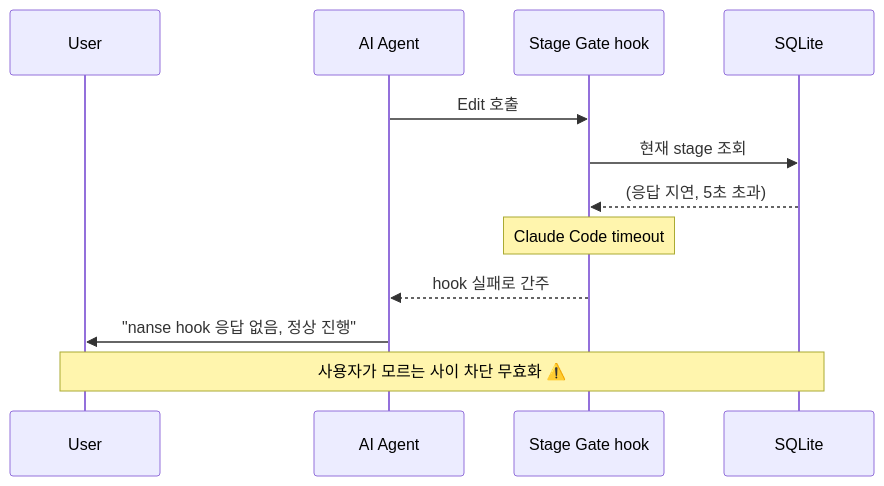
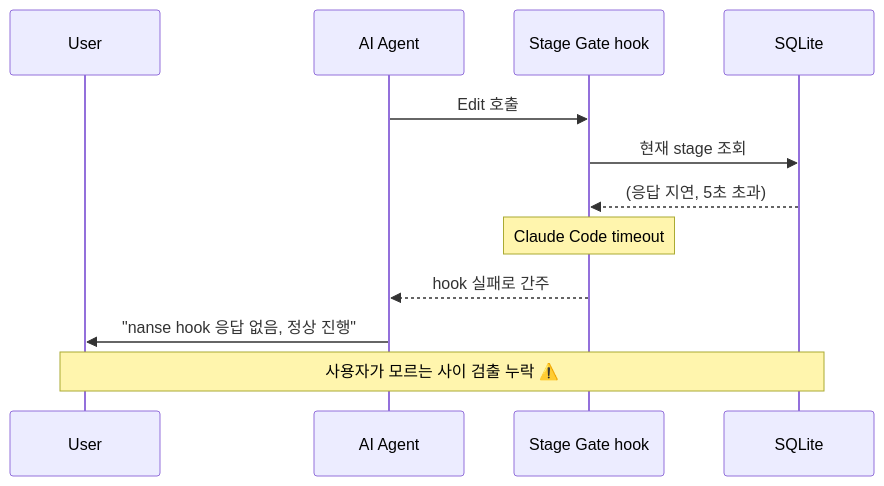
Before and after one commit to YujunOh/NaN-SE: the fourth of 6 diagrams in docs/REQUIREMENTS.md, drawn with Mermaid. The commit also changed other lines of this file, not shown here.

````diff
--- a/docs/REQUIREMENTS.md
+++ b/docs/REQUIREMENTS.md
@@ -154,15 +152,15 @@
 ```mermaid
 sequenceDiagram
     participant U as User
     participant AI as AI Agent
     participant SG as Stage Gate hook
     participant DB as SQLite
 
     AI->>SG: Edit 호출
     SG->>DB: 현재 stage 조회
     DB-->>SG: (응답 지연, 5초 초과)
     Note over SG: Claude Code timeout
     SG-->>AI: hook 실패로 간주
     AI->>U: "nanse hook 응답 없음, 정상 진행"
-    Note over U,DB: 사용자가 모르는 사이 차단 무효화 ⚠️
+    Note over U,DB: 사용자가 모르는 사이 검출 누락 ⚠️
 ```
````
